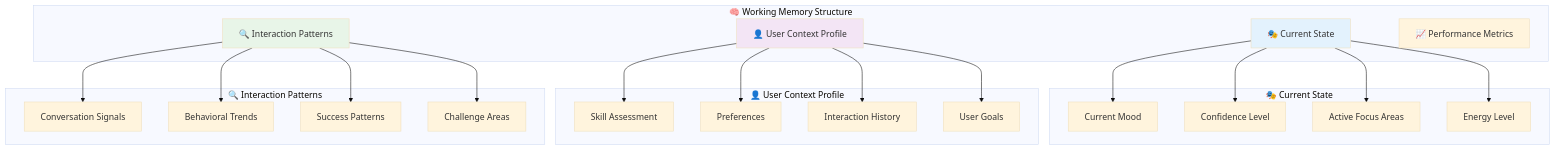
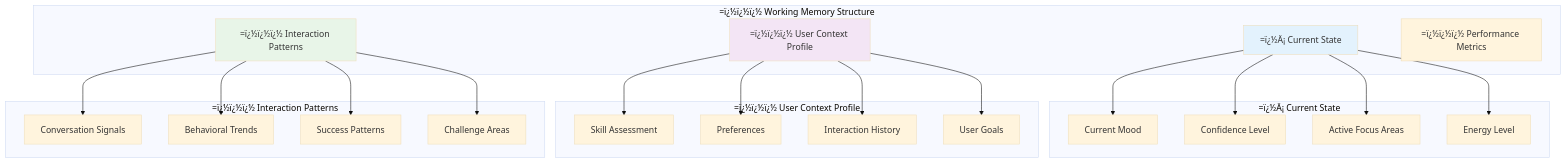
Before and after one commit to framersai/agentos-live-docs: diagram 11 of 15 in packages/agentos/docs/ARCHITECTURE.md, drawn with Mermaid (base theme). The commit also changed other lines of this file and 47 other files, not shown here.

````diff
--- a/packages/agentos/docs/ARCHITECTURE.md
+++ b/packages/agentos/docs/ARCHITECTURE.md
@@ -1955,49 +1963,49 @@
 ```mermaid
 graph TB
-    subgraph "🧠 Working Memory Structure"
-        CS[🎭 Current State]
-        UCP[👤 User Context Profile]
-        IP[🔍 Interaction Patterns]
-        PM[📈 Performance Metrics]
+    subgraph "=ï¿½ï¿½ï¿½ Working Memory Structure"
+        CS[=ï¿½Ä¡ Current State]
+        UCP[=ï¿½ï¿½ï¿½ User Context Profile]
+        IP[=ï¿½ï¿½ï¿½ Interaction Patterns]
+        PM[=ï¿½ï¿½ï¿½ Performance Metrics]
     end
     
-    subgraph "🎭 Current State"
+    subgraph "=ï¿½Ä¡ Current State"
         MOOD[Current Mood]
         CONF[Confidence Level]
         FOCUS[Active Focus Areas]
         ENERGY[Energy Level]
     end
     
-    subgraph "👤 User Context Profile"
+    subgraph "=ï¿½ï¿½ï¿½ User Context Profile"
         SKILL[Skill Assessment]
         PREFS[Preferences]
         HISTORY[Interaction History]
         GOALS[User Goals]
     end
     
-    subgraph "🔍 Interaction Patterns"
+    subgraph "=ï¿½ï¿½ï¿½ Interaction Patterns"
         SIGNALS[Conversation Signals]
         TRENDS[Behavioral Trends]
         SUCCESS[Success Patterns]
         CHALLENGES[Challenge Areas]
     end
     
     CS --> MOOD
     CS --> CONF
     CS --> FOCUS
     CS --> ENERGY
     
     UCP --> SKILL
     UCP --> PREFS
     UCP --> HISTORY
     UCP --> GOALS
     
     IP --> SIGNALS
     IP --> TRENDS
     IP --> SUCCESS
     IP --> CHALLENGES
     
     style CS fill:#e3f2fd
     style UCP fill:#f3e5f5
     style IP fill:#e8f5e8
 ```
````
